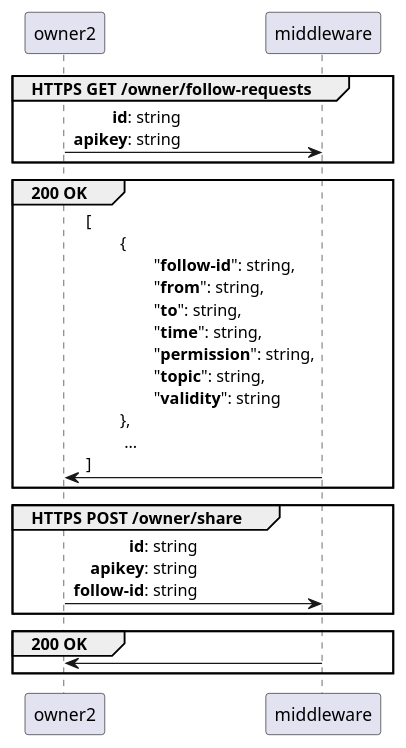
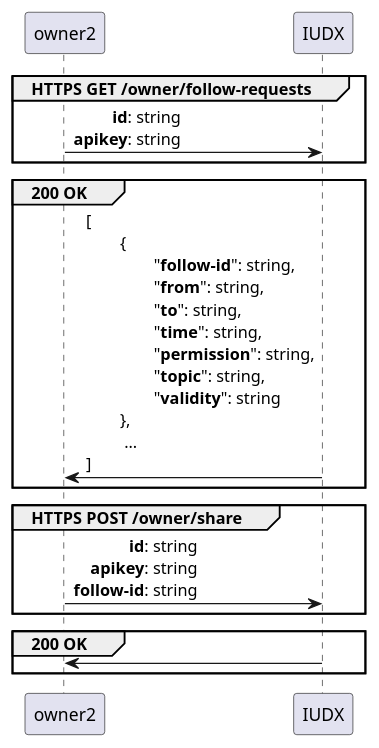
The diagram in DOCS/follow.plantuml (rbccps-iisc/corinthian), drawn with PlantUML before and after one commit. The commit also changed 7 other files, not shown here.

Commit message:
[skip travis] rename middleware with IUDX

```diff
--- a/DOCS/follow.plantuml
+++ b/DOCS/follow.plantuml
@@ -1,15 +1,15 @@
 group HTTPS GET /owner/follow-requests
-owner2 -> middleware:**id**: string\r**apikey**: string
+owner2 -> IUDX:**id**: string\r**apikey**: string
 end
 
 group 200 OK
-middleware -> owner2: [\l\t{\t\r\t\t"**follow-id**": string,\r\t\t"**from**": string,\r\t\t"**to**": string,\r\t\t"**time**": string,\r\t\t"**permission**": string,\r\t\t"**topic**": string,\r\t\t"**validity**": string\r\t},\l\t ...\l]
+IUDX -> owner2: [\l\t{\t\r\t\t"**follow-id**": string,\r\t\t"**from**": string,\r\t\t"**to**": string,\r\t\t"**time**": string,\r\t\t"**permission**": string,\r\t\t"**topic**": string,\r\t\t"**validity**": string\r\t},\l\t ...\l]
 end
 
 group HTTPS POST /owner/share
-owner2 -> middleware : **id**: string\r**apikey**: string\r**follow-id**: string
+owner2 -> IUDX : **id**: string\r**apikey**: string\r**follow-id**: string
 end
 
 group 200 OK
-middleware -> owner2
+IUDX -> owner2
 end
```
